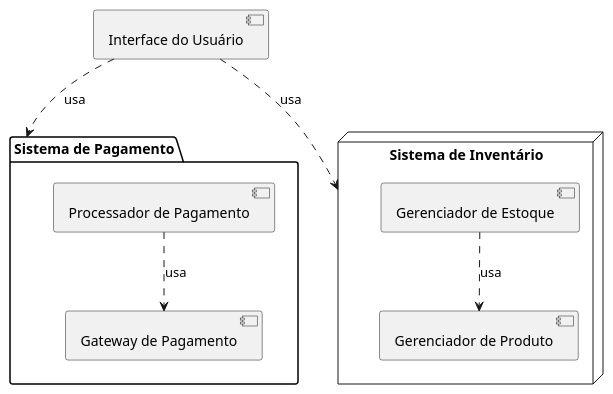
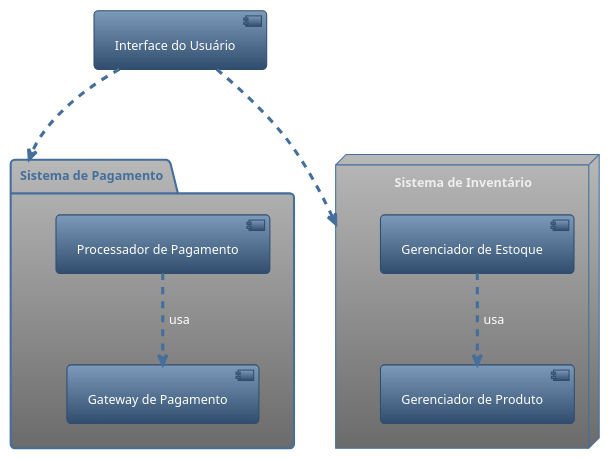
One commit to LeonardoVieiraGuimaraes/OrientacaoObjetos changed the diagram in UML/DiagramasEstruturais/Componentes.puml. Above: the diagram before and after it, drawn with PlantUML. The commit also changed 2 other files, not shown here.

Commit message:
Changes to be committed: 	new file:   ModelagemCasoUso/SistemaControleBancario.puml 	modified:   UML/DiagramasEstruturais/Componentes.puml 	modified:   UML/DiagramasEstruturais/Perfil.puml

```diff
--- a/UML/DiagramasEstruturais/Componentes.puml
+++ b/UML/DiagramasEstruturais/Componentes.puml
@@ -1,18 +1,19 @@
 @startuml
+!theme spacelab
 package "Sistema de Pagamento" {
     [Processador de Pagamento]
     [Gateway de Pagamento]
 }
 
 node "Sistema de Inventário" {
     [Gerenciador de Estoque]
     [Gerenciador de Produto]
 }
 
 [Interface do Usuário]
 
 [Processador de Pagamento] ..> [Gateway de Pagamento] : usa
 [Gerenciador de Estoque] ..> [Gerenciador de Produto] : usa
 [Interface do Usuário] ..> [Sistema de Pagamento] : usa
 [Interface do Usuário] ..> [Sistema de Inventário] : usa
 @enduml
```
